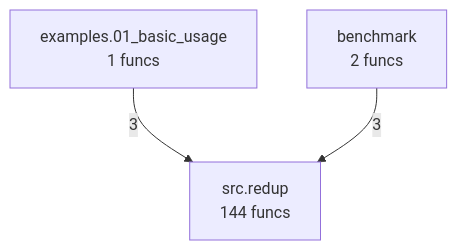
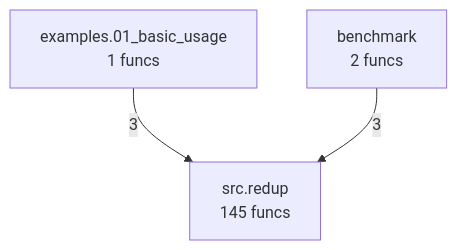
The diagram in project/compact_flow.mmd (semcod/redup), drawn with Mermaid before and after one commit. The commit also changed 23 other files, not shown here.

```diff
--- a/project/compact_flow.mmd
+++ b/project/compact_flow.mmd
@@ -1,6 +1,6 @@
 flowchart TD
     benchmark["benchmark<br/>2 funcs"]
     examples_01_basic_usage["examples.01_basic_usage<br/>1 funcs"]
-    src_redup["src.redup<br/>144 funcs"]
+    src_redup["src.redup<br/>145 funcs"]
     examples_01_basic_usage -->|3| src_redup
     benchmark -->|3| src_redup
```
